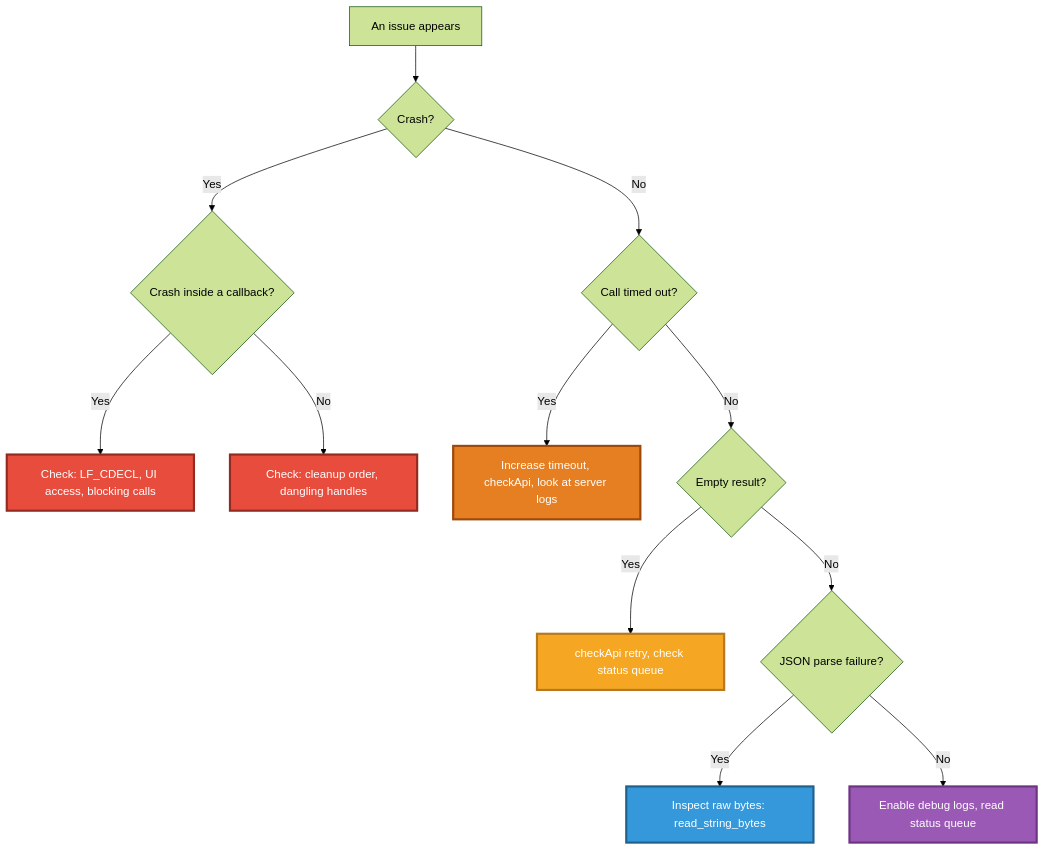
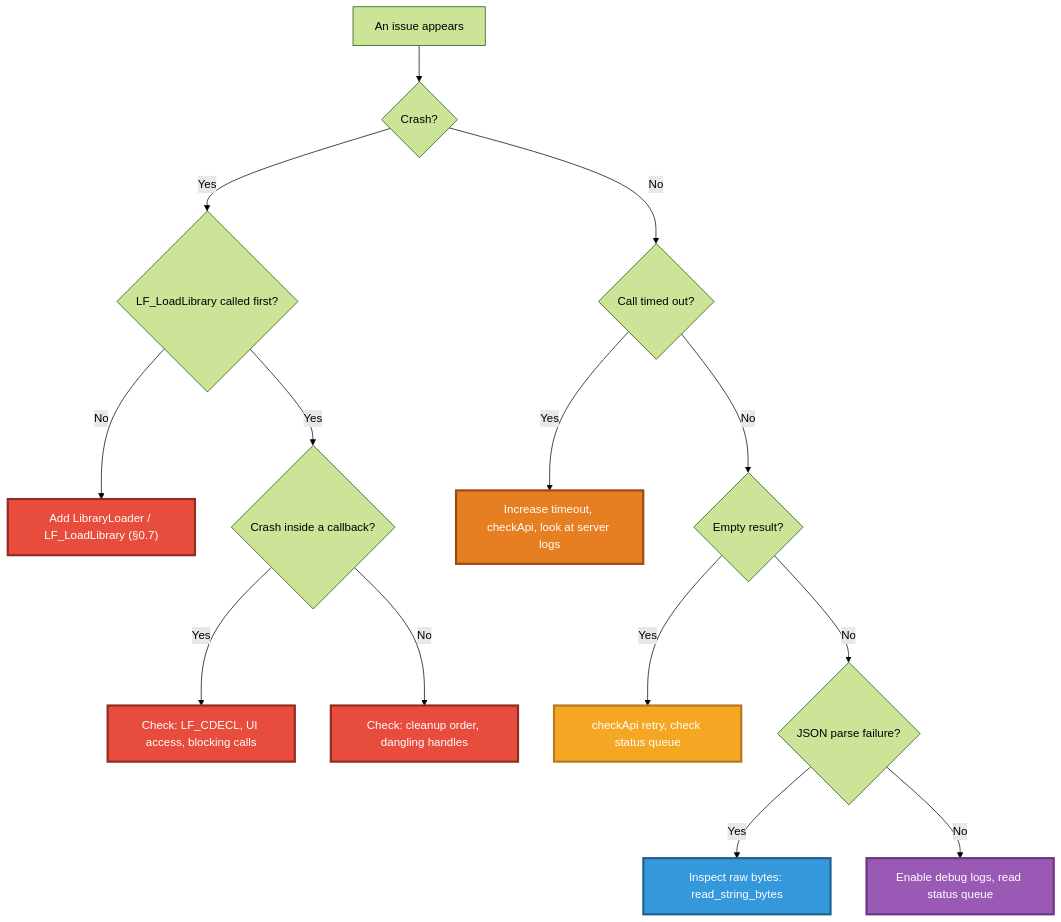
Before and after one commit to PassByYou888/LingoFuse: diagram 26 of 26 in cpp/LingoFuse_Cpp_Knowledge_Base.md, drawn with Mermaid (forest theme). The commit also changed other lines of this file and 111 other files, not shown here.

````diff
--- a/cpp/LingoFuse_Cpp_Knowledge_Base.md
+++ b/cpp/LingoFuse_Cpp_Knowledge_Base.md
@@ -2865,21 +2913,24 @@
 ```mermaid
 flowchart TD
     Start["An issue appears"] --> Q1{"Crash?"}
-    Q1 -- Yes --> Q2{"Crash inside a callback?"}
+    Q1 -- Yes --> Q0{"LF_LoadLibrary called first?"}
+    Q0 -- No --> A0["Add LibraryLoader / LF_LoadLibrary (§0.7)"]
+    Q0 -- Yes --> Q2{"Crash inside a callback?"}
     Q2 -- Yes --> A1["Check: LF_CDECL, UI access, blocking calls"]
     Q2 -- No --> A2["Check: cleanup order, dangling handles"]
     Q1 -- No --> Q3{"Call timed out?"}
     Q3 -- Yes --> A3["Increase timeout, checkApi, look at server logs"]
     Q3 -- No --> Q4{"Empty result?"}
     Q4 -- Yes --> A4["checkApi retry, check status queue"]
     Q4 -- No --> Q5{"JSON parse failure?"}
     Q5 -- Yes --> A5["Inspect raw bytes: read_string_bytes"]
     Q5 -- No --> A6["Enable debug logs, read status queue"]
 
+    style A0 fill:#E74C3C,stroke:#922B21,stroke-width:3px,color:#FFFFFF
     style A1 fill:#E74C3C,stroke:#922B21,stroke-width:3px,color:#FFFFFF
     style A2 fill:#E74C3C,stroke:#922B21,stroke-width:3px,color:#FFFFFF
     style A3 fill:#E67E22,stroke:#9C4A0C,stroke-width:3px,color:#FFFFFF
     style A4 fill:#F5A623,stroke:#B7791F,stroke-width:3px,color:#FFFFFF
     style A5 fill:#3498DB,stroke:#1F618D,stroke-width:3px,color:#FFFFFF
     style A6 fill:#9B59B6,stroke:#6C3483,stroke-width:3px,color:#FFFFFF
 ```
````
